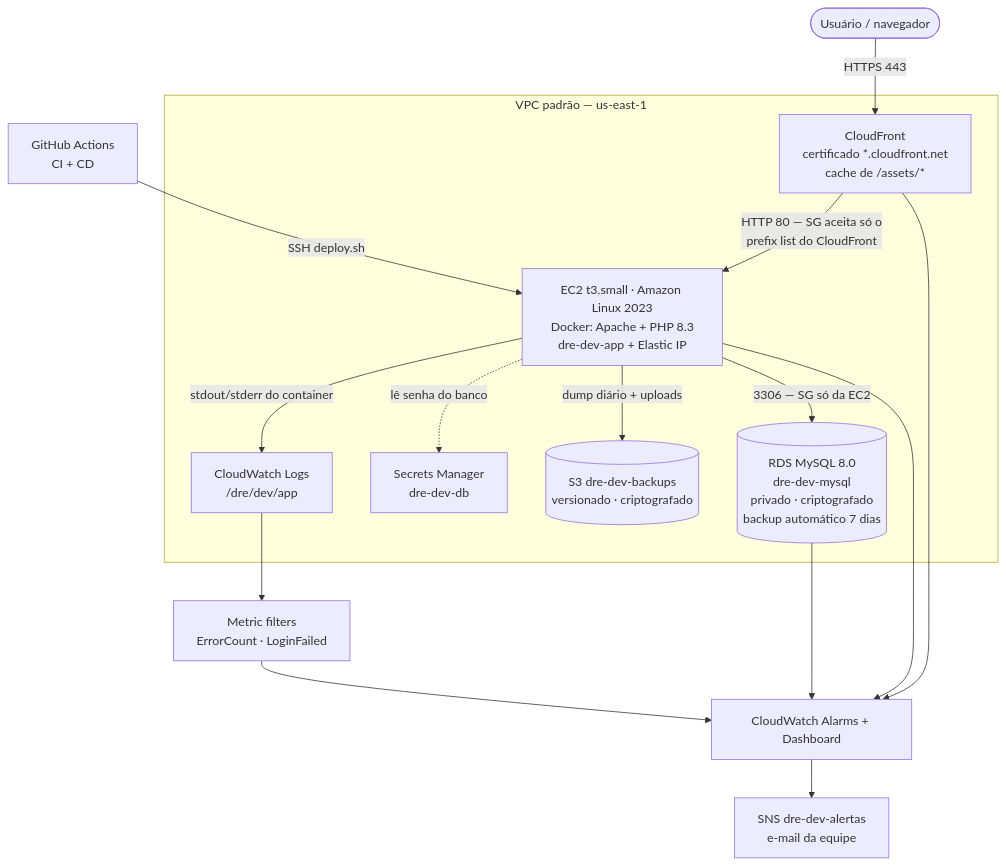
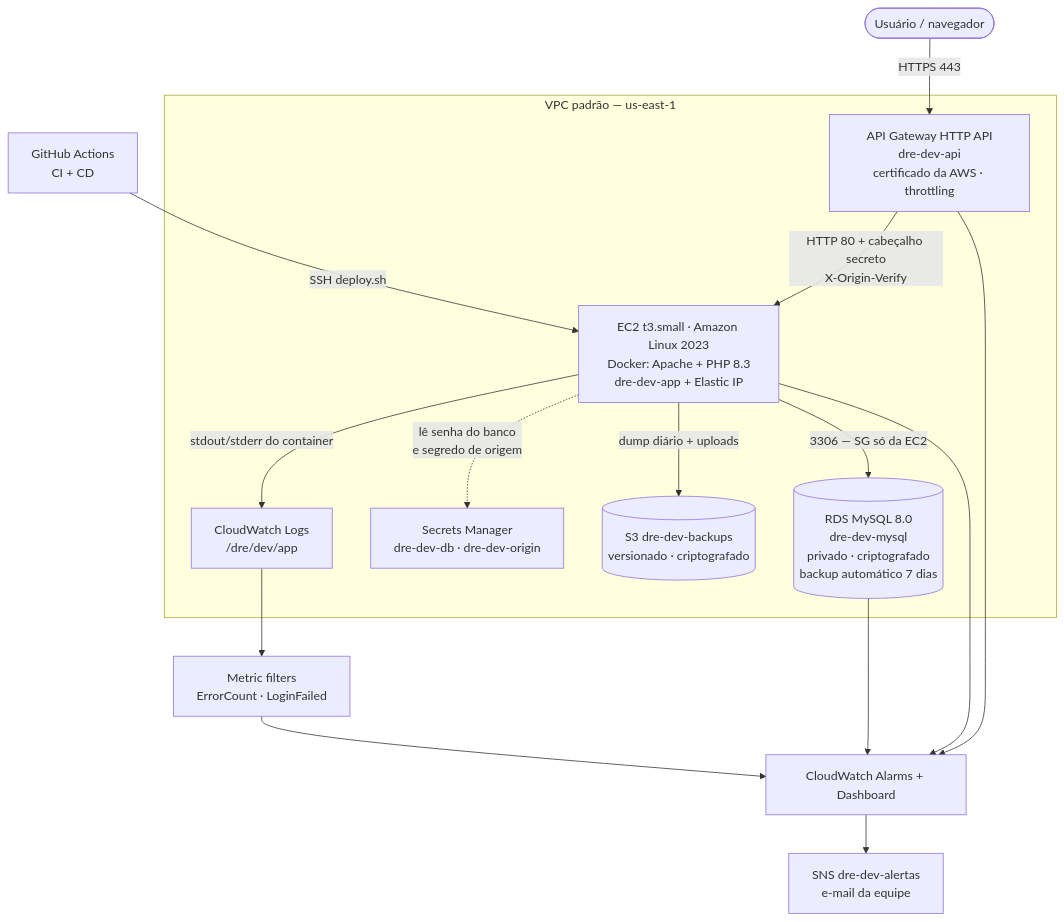
One commit to nicollylemos/DRE changed the diagram in README.md. Above: the diagram before and after it, drawn with Mermaid. The commit also changed other lines of this file and 10 other files, not shown here.

Commit message:
troca cloudfront por api gateway

````diff
--- a/README.md
+++ b/README.md
@@ -319,18 +319,18 @@
 ```mermaid
 flowchart TB
-    U([Usuário / navegador]) -->|HTTPS 443| CF[CloudFront<br/>certificado *.cloudfront.net<br/>cache de /assets/*]
+    U([Usuário / navegador]) -->|HTTPS 443| CF[API Gateway HTTP API<br/>dre-dev-api<br/>certificado da AWS · throttling]
     GH[GitHub Actions<br/>CI + CD] -->|SSH deploy.sh| EC2
     subgraph VPC["VPC padrão — us-east-1"]
-        CF -->|HTTP 80 — SG aceita só o<br/>prefix list do CloudFront| EC2[EC2 t3.small · Amazon Linux 2023<br/>Docker: Apache + PHP 8.3<br/>dre-dev-app + Elastic IP]
+        CF -->|HTTP 80 + cabeçalho secreto<br/>X-Origin-Verify| EC2[EC2 t3.small · Amazon Linux 2023<br/>Docker: Apache + PHP 8.3<br/>dre-dev-app + Elastic IP]
         EC2 -->|3306 — SG só da EC2| RDS[(RDS MySQL 8.0<br/>dre-dev-mysql<br/>privado · criptografado<br/>backup automático 7 dias)]
-        EC2 -.->|lê senha do banco| SM[Secrets Manager<br/>dre-dev-db]
+        EC2 -.->|lê senha do banco<br/>e segredo de origem| SM[Secrets Manager<br/>dre-dev-db · dre-dev-origin]
         EC2 -->|dump diário + uploads| S3[(S3 dre-dev-backups<br/>versionado · criptografado)]
         EC2 -->|stdout/stderr do container| CWL[CloudWatch Logs<br/>/dre/dev/app]
     end
     CWL --> MF[Metric filters<br/>ErrorCount · LoginFailed]
     MF --> AL[CloudWatch Alarms + Dashboard]
     RDS --> AL
     EC2 --> AL
     CF --> AL
     AL --> SNS[SNS dre-dev-alertas<br/>e-mail da equipe]
 ```
````
